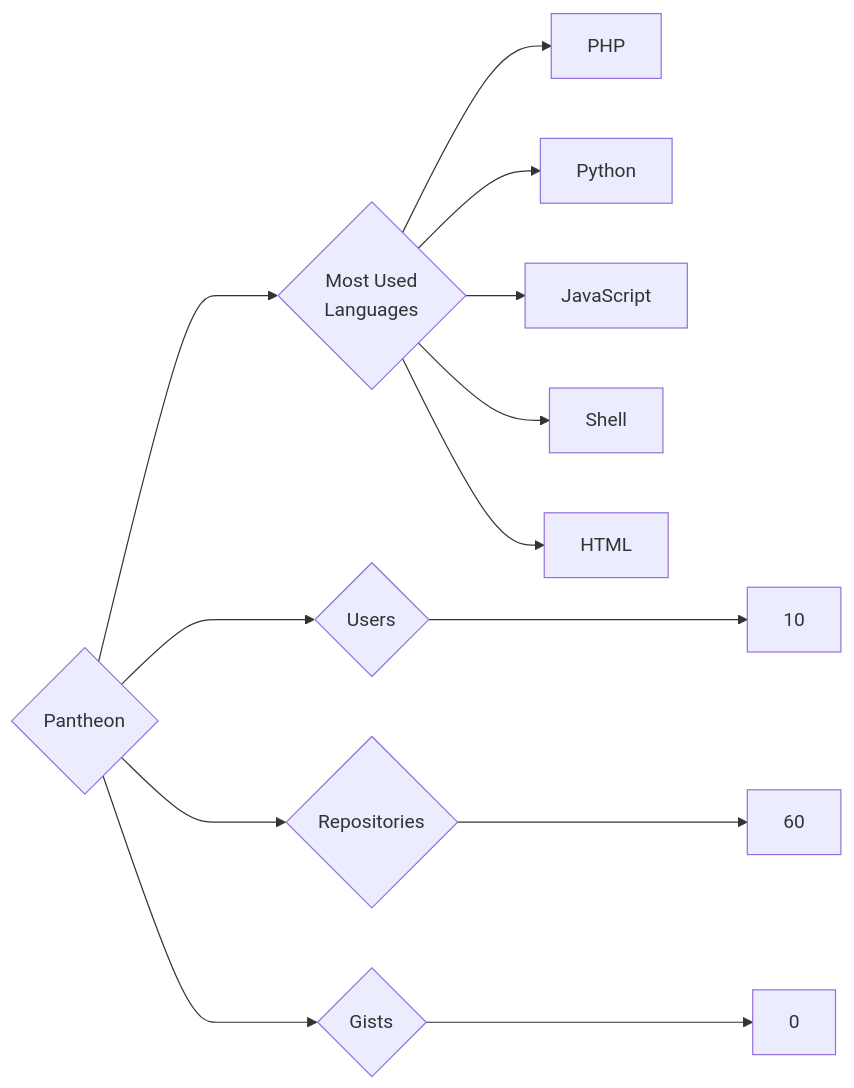
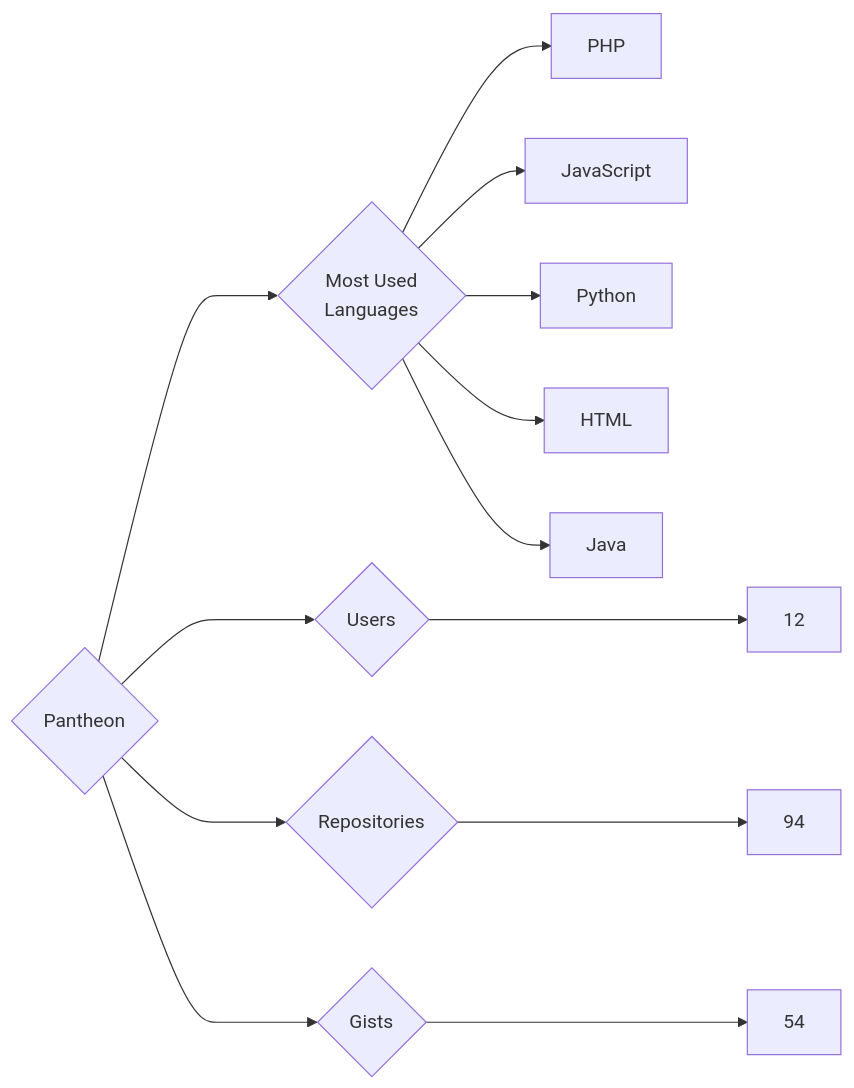
Before and after one commit to trickest/insiders: the diagram in targets/Pantheon/README.md, drawn with Mermaid. The commit also changed 997 other files, not shown here.

````diff
--- a/targets/Pantheon/README.md
+++ b/targets/Pantheon/README.md
@@ -3,13 +3,13 @@
 ```mermaid
 graph LR
 COMPANY_NAME{Pantheon}
-COMPANY_NAME ---> U{Users} ---> UN[10]
-COMPANY_NAME ---> R{Repositories} ---> RN[60]
-COMPANY_NAME ---> G{Gists} ---> GN[0]
+COMPANY_NAME ---> U{Users} ---> UN[12]
+COMPANY_NAME ---> R{Repositories} ---> RN[94]
+COMPANY_NAME ---> G{Gists} ---> GN[54]
 COMPANY_NAME ---> ML{Most Used<br>Languages}
-ML --> PHP
-ML --> Python
-ML --> JavaScript
-ML --> Shell
-ML --> HTML
+ML --> PHP[PHP]
+ML --> JavaScript[JavaScript]
+ML --> Python[Python]
+ML --> HTML[HTML]
+ML --> Java[Java]
 ```
````
